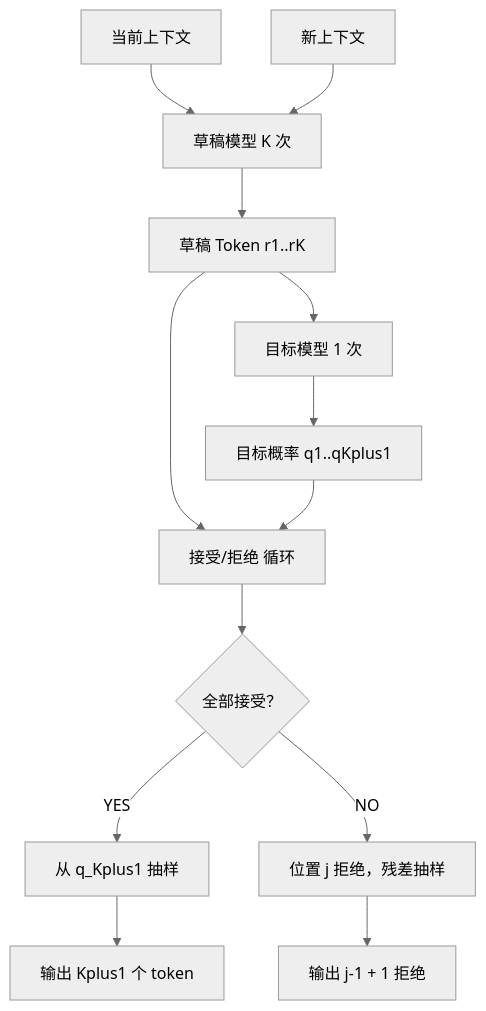
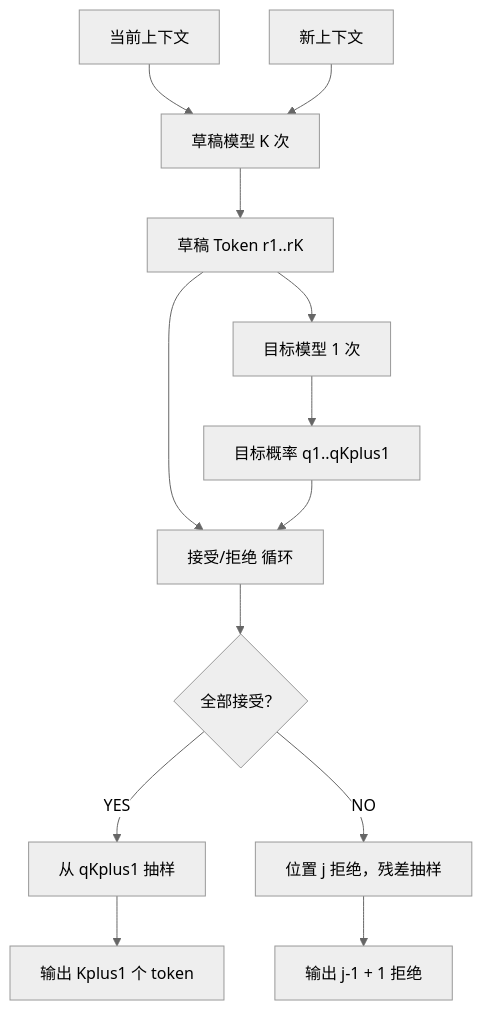
One commit to Playitcooool/advanced-ai-daily changed the first of 2 diagrams in tutorials/zh/03-speculative-decoding.md. Above: the diagram before and after it, drawn with Mermaid (neutral theme). The commit also changed 8 other files, not shown here.

First line of the commit message:
fix: replace problematic underscores in Mermaid diagram labels

````diff
--- a/tutorials/zh/03-speculative-decoding.md
+++ b/tutorials/zh/03-speculative-decoding.md
@@ -33,28 +33,28 @@
 ```mermaid
 flowchart TD
     Context --> DraftGen
     DraftGen --> DraftOut
     DraftOut --> Verification
     Verification --> TargetProbs
     DraftOut --> AcceptCheck
     TargetProbs --> AcceptCheck
     AcceptCheck --> AllAccepted
     AllAccepted -->|YES| Bonus
     AllAccepted -->|NO| Rejection
     Bonus --> Output
     Rejection --> OutputRej
     OutputContext --> DraftGen
 
     Context["当前上下文"]
     DraftGen["草稿模型 K 次"]
     DraftOut["草稿 Token r1..rK"]
     Verification["目标模型 1 次"]
     TargetProbs["目标概率 q1..qKplus1"]
     AcceptCheck["接受/拒绝 循环"]
     AllAccepted{"全部接受？"}
-    Bonus["从 q_Kplus1 抽样"]
+    Bonus["从 qKplus1 抽样"]
     Rejection["位置 j 拒绝，残差抽样"]
     Output["输出 Kplus1 个 token"]
     OutputRej["输出 j-1 + 1 拒绝"]
     OutputContext["新上下文"]
 ```
````
